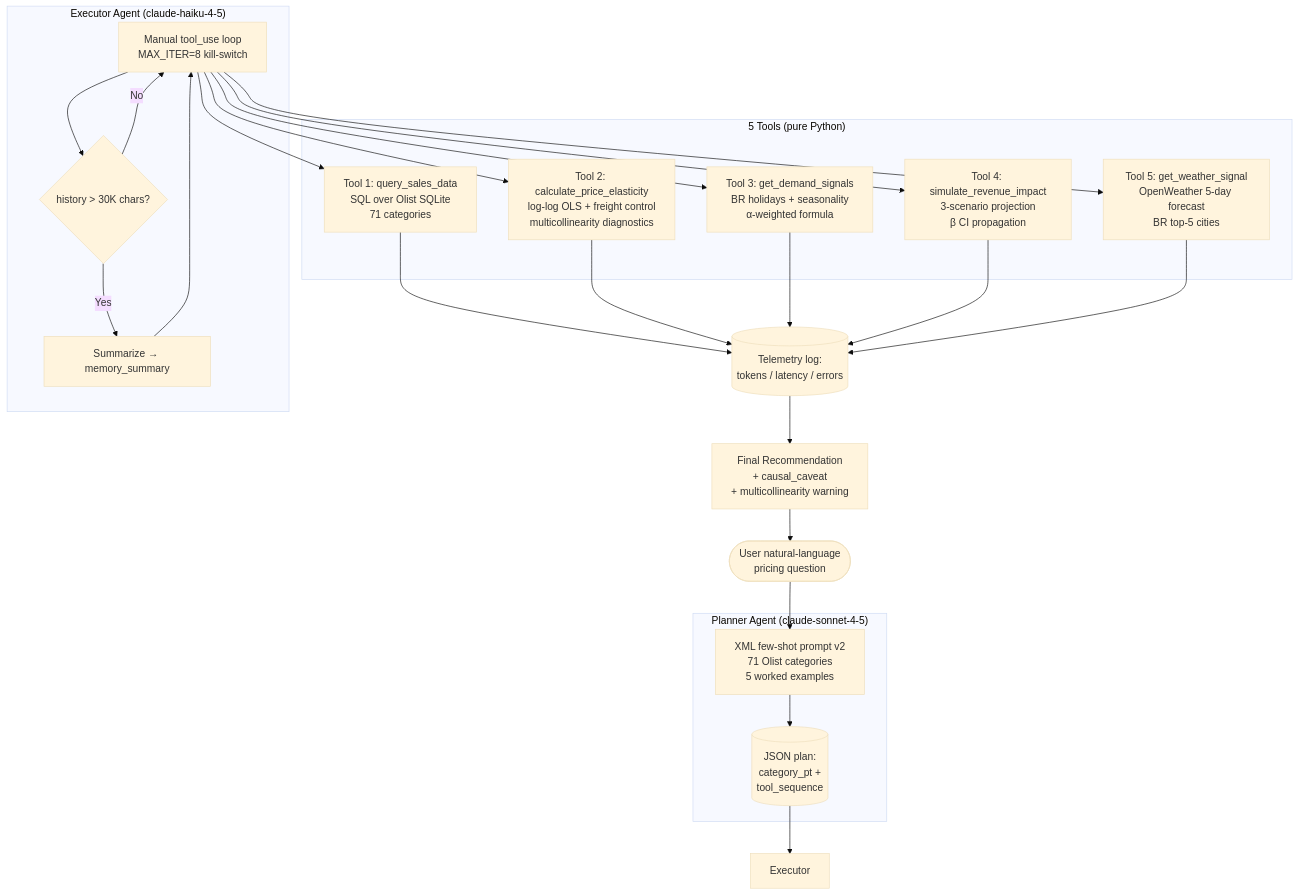
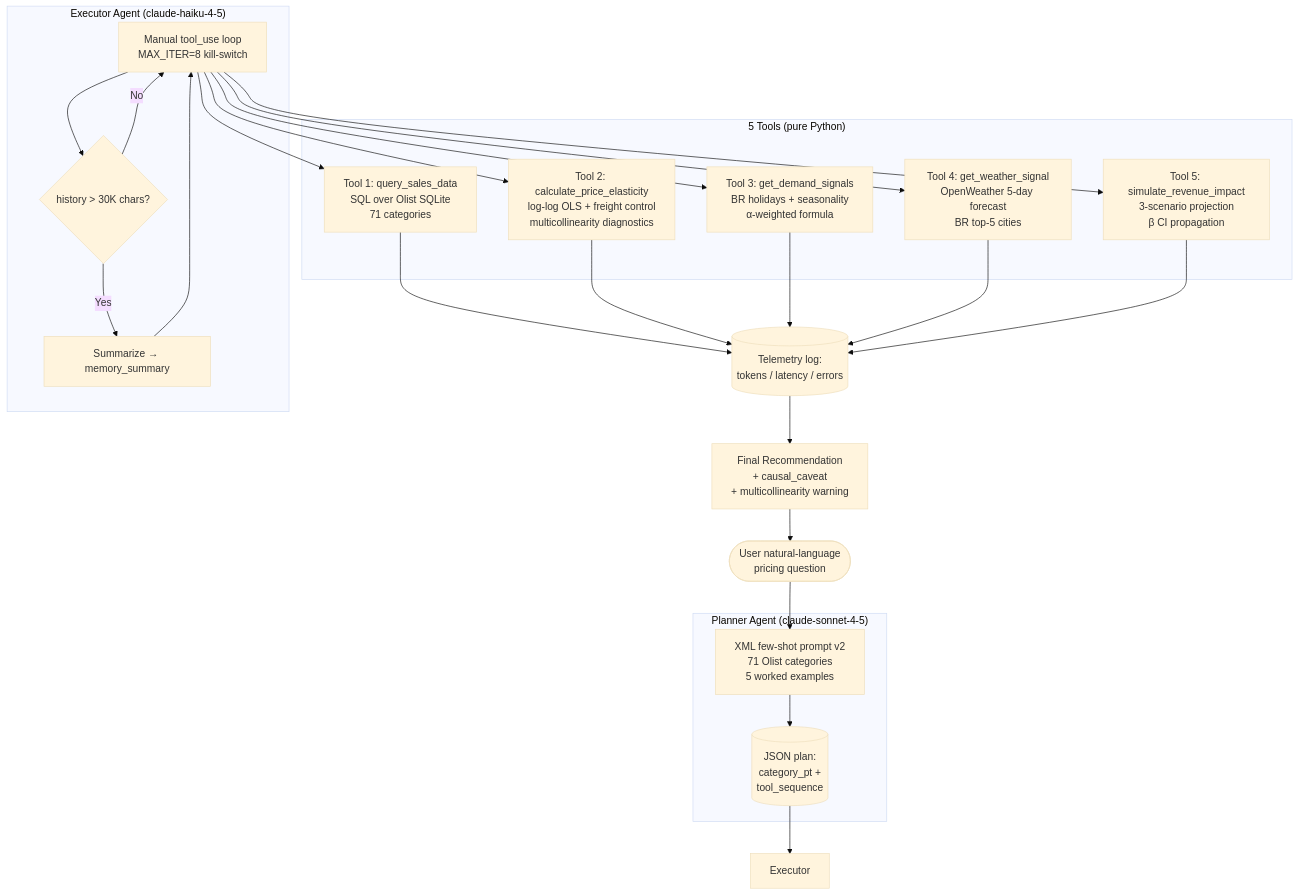
One commit to miyutakatsuki/priceiq-agent changed the first of 4 diagrams in Architecture.md. Above: the diagram before and after it, drawn with Mermaid (base theme). The commit also changed 7 other files, not shown here.

First line of the commit message:
fix(tool numbering): unify Tool 4 = Weather, Tool 5 = Simulator (execution order)

````diff
--- a/Architecture.md
+++ b/Architecture.md
@@ -7,47 +7,47 @@
 ```mermaid
 flowchart TD
     User([User natural-language<br/>pricing question])
     --> Planner
 
     subgraph Planner_Agent["Planner Agent (claude-sonnet-4-5)"]
         Planner[XML few-shot prompt v2<br/>71 Olist categories<br/>5 worked examples]
         Plan[(JSON plan:<br/>category_pt +<br/>tool_sequence)]
         Planner --> Plan
     end
 
     Plan --> Executor
 
     subgraph Executor_Agent["Executor Agent (claude-haiku-4-5)"]
         Loop[Manual tool_use loop<br/>MAX_ITER=8 kill-switch]
         Mem{history > 30K chars?}
         Compress[Summarize → memory_summary]
         Loop --> Mem
         Mem -->|Yes| Compress
         Compress --> Loop
         Mem -->|No| Loop
     end
 
     Loop --> T1
     Loop --> T2
     Loop --> T3
     Loop --> T4
     Loop --> T5
 
     subgraph Tools["5 Tools (pure Python)"]
         T1[Tool 1: query_sales_data<br/>SQL over Olist SQLite<br/>71 categories]
         T2[Tool 2: calculate_price_elasticity<br/>log-log OLS + freight control<br/>multicollinearity diagnostics]
         T3[Tool 3: get_demand_signals<br/>BR holidays + seasonality<br/>α-weighted formula]
-        T4[Tool 4: simulate_revenue_impact<br/>3-scenario projection<br/>β CI propagation]
-        T5[Tool 5: get_weather_signal<br/>OpenWeather 5-day forecast<br/>BR top-5 cities]
+        T4[Tool 4: get_weather_signal<br/>OpenWeather 5-day forecast<br/>BR top-5 cities]
+        T5[Tool 5: simulate_revenue_impact<br/>3-scenario projection<br/>β CI propagation]
     end
 
     T1 --> Telemetry
     T2 --> Telemetry
     T3 --> Telemetry
     T4 --> Telemetry
     T5 --> Telemetry
 
     Telemetry[(Telemetry log:<br/>tokens / latency / errors)]
     --> Final[Final Recommendation<br/>+ causal_caveat<br/>+ multicollinearity warning]
     Final --> User
 ```
````
